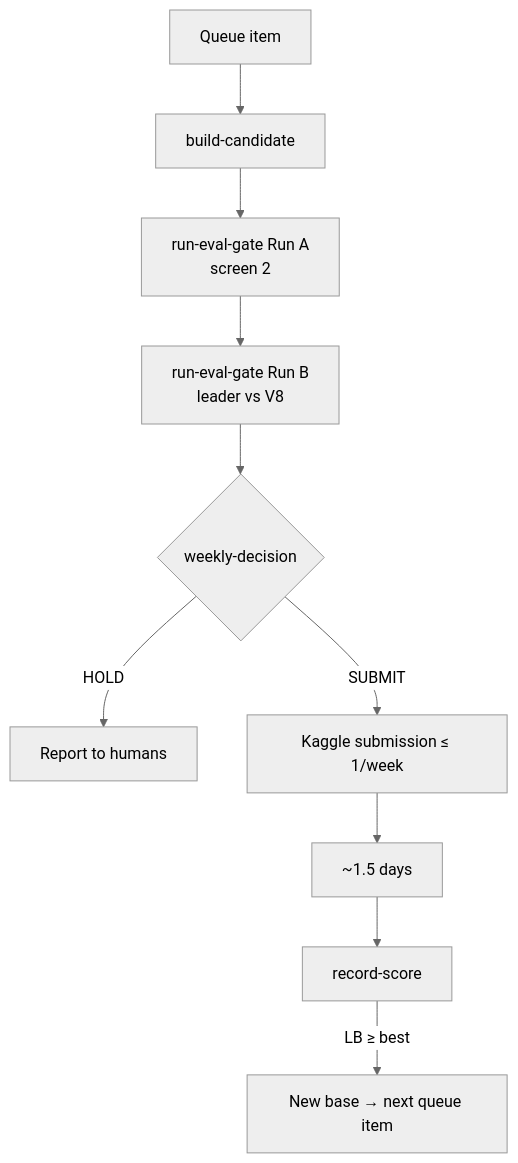
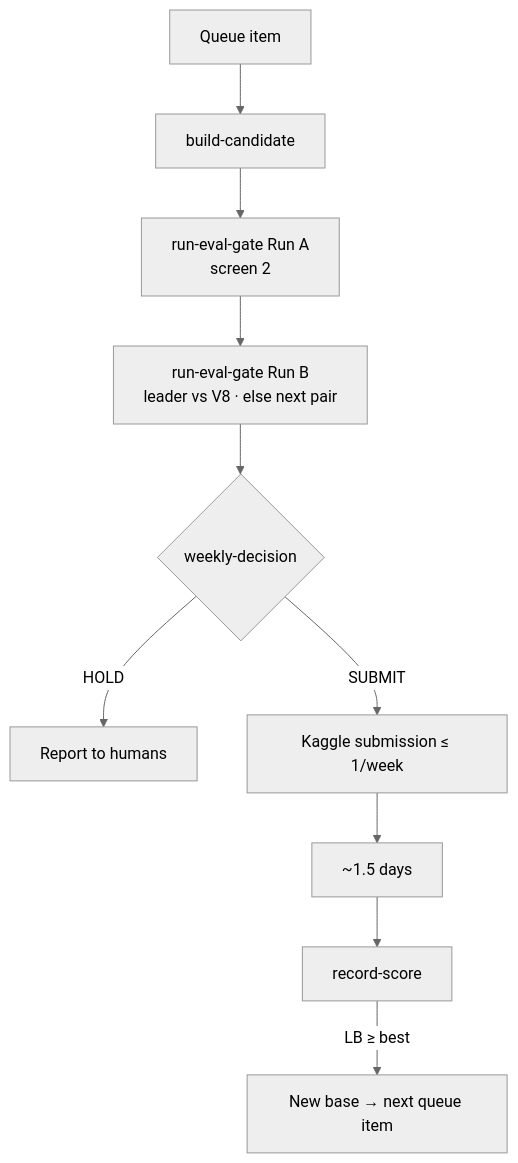
One commit to khaosans/noisegate-gemma4-factory changed the diagram in factory/README.md. Above: the diagram before and after it, drawn with Mermaid (neutral theme). The commit also changed other lines of this file and 2 other files, not shown here.

Commit message:
docs: fix Run B fallback and ADK vs supervisor guard attribution
Codex review on #8: Gate B Mermaid now notes the next-pair fallback when
both Run A candidates trail V8 mean; ReAct diagram no longer implies
Allow/Block ships in the ADK zip (supervisor/guardrails are course-only).

````diff
--- a/factory/README.md
+++ b/factory/README.md
@@ -9,12 +9,12 @@
 ```mermaid
 flowchart TB
   Q[Queue item] --> BC[build-candidate]
   BC --> GA[run-eval-gate Run A<br/>screen 2]
-  GA --> GB[run-eval-gate Run B<br/>leader vs V8]
+  GA --> GB[run-eval-gate Run B<br/>leader vs V8 · else next pair]
   GB --> WD{weekly-decision}
   WD -->|HOLD| RH[Report to humans]
   WD -->|SUBMIT| KS[Kaggle submission ≤ 1/week]
   KS --> Wait[~1.5 days]
   Wait --> RS[record-score]
   RS -->|LB ≥ best| NB[New base → next queue item]
 ```
````
